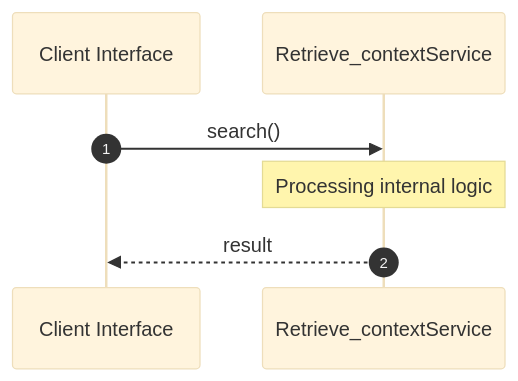
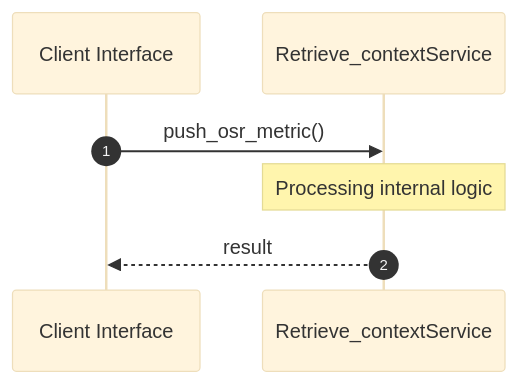
Before and after one commit to lgcorzo/rust_CACD_autonomous_factory: the second of 2 diagrams in openwiki/crates_factory-mcp-server_src_tools_retrieve_context_rs.md, drawn with Mermaid (base theme). The commit also changed other lines of this file and 76 other files, not shown here.

````diff
--- a/openwiki/crates_factory-mcp-server_src_tools_retrieve_context_rs.md
+++ b/openwiki/crates_factory-mcp-server_src_tools_retrieve_context_rs.md
@@ -131,10 +131,10 @@
 ```mermaid
 sequenceDiagram
     autonumber
     participant Caller as Client Interface
     participant Svc as Retrieve_contextService
-    Caller->>Svc: search()
+    Caller->>Svc: push_osr_metric()
     Note over Svc: Processing internal logic
     Svc-->>Caller: result
 
 ```
````
